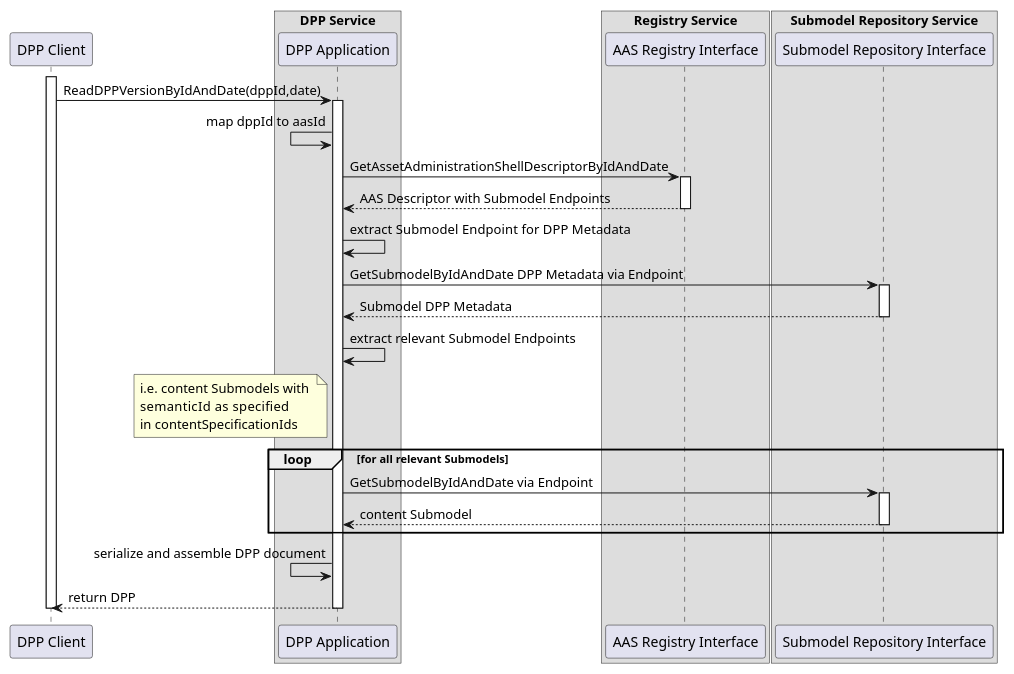
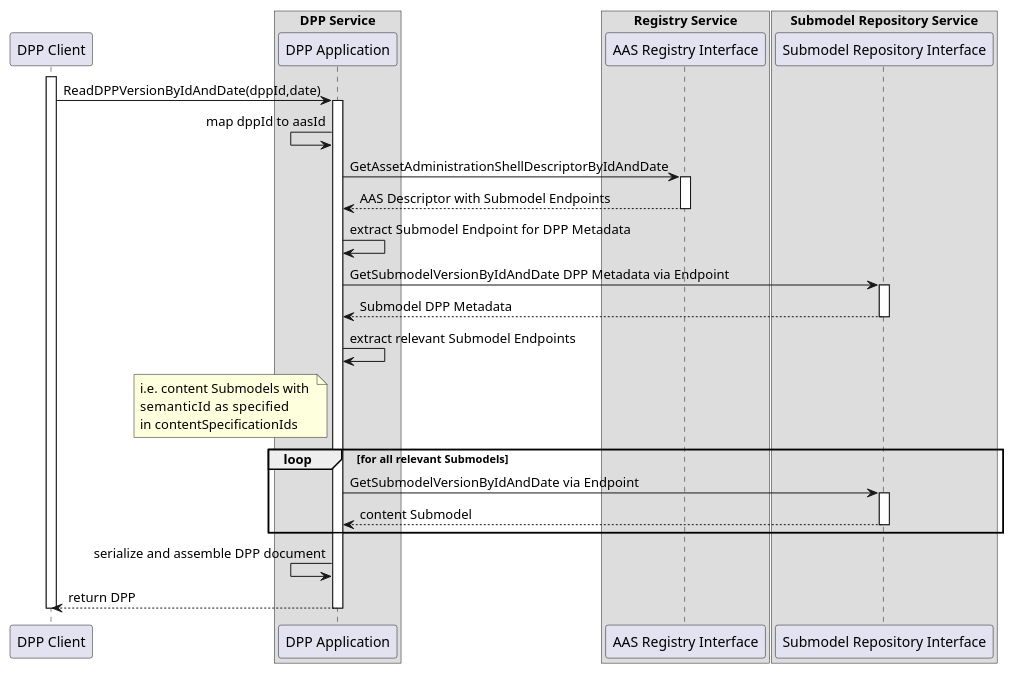
The diagram in documentation/IDTA-01002-3/modules/ROOT/partials/diagrams/seq-dpp-history.puml (admin-shell-io/aas-specs-api), drawn with PlantUML before and after one commit. The commit also changed 3 other files, not shown here.

Commit message:
fix xref + fix naming, not recent-changes but history and GetSubmodelVersionByidAndDate and not GetSubmodelByidAndDate, same for AAS

```diff
--- a/documentation/IDTA-01002-3/modules/ROOT/partials/diagrams/seq-dpp-history.puml
+++ b/documentation/IDTA-01002-3/modules/ROOT/partials/diagrams/seq-dpp-history.puml
@@ -1,57 +1,57 @@
 @startuml
 
 participant DPPClient as "DPP Client"
 
 box "DPP Service"
 participant Client as "DPP Application"
 end box
 
 
 
 box "Registry Service"
    participant AASRegistry as "AAS Registry Interface"
 end box
 
 box "Submodel Repository Service"
   participant SMService as "Submodel Repository Interface"
 end box
 
 activate DPPClient
 DPPClient -> Client : ReadDPPVersionByIdAndDate(dppId,date)
 
 activate Client
 Client <- Client : map dppId to aasId
 
 
 
 Client -> AASRegistry : GetAssetAdministrationShellDescriptorByIdAndDate
 activate AASRegistry
 Client <-- AASRegistry : AAS Descriptor with Submodel Endpoints
 deactivate AASRegistry
 Client -> Client : extract  Submodel Endpoint for DPP Metadata
 
 
 
-Client -> SMService : GetSubmodelByIdAndDate DPP Metadata via Endpoint
+Client -> SMService : GetSubmodelVersionByIdAndDate DPP Metadata via Endpoint
 activate SMService
 Client <-- SMService : Submodel DPP Metadata
 deactivate SMService
 Client -> Client : extract relevant Submodel Endpoints
 note left of Client
   i.e. content Submodels with 
   semanticId   as specified 
   in contentSpecificationIds
 end note
 loop for all relevant Submodels
-Client -> SMService : GetSubmodelByIdAndDate via Endpoint
+Client -> SMService : GetSubmodelVersionByIdAndDate via Endpoint
 activate SMService
 Client <-- SMService : content Submodel
 deactivate SMService
 end
 
 Client <- Client : serialize and assemble DPP document
 DPPClient <-- Client : return DPP
 deactivate Client
 deactivate DPPClient
 
 @enduml
```
